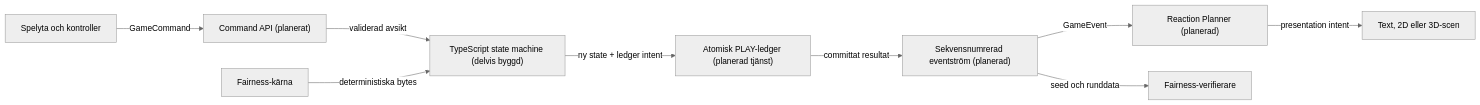
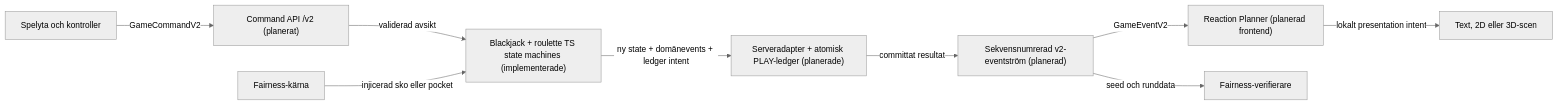
Before and after one commit to Jakeminator123/spelsajt: the first of 3 diagrams in docs/SYSTEM_CANVAS.md, drawn with Mermaid (neutral theme). The commit also changed other lines of this file and 73 other files, not shown here.

Commit message:
Add deterministic blackjack and roulette engines (#4)

````diff
--- a/docs/SYSTEM_CANVAS.md
+++ b/docs/SYSTEM_CANVAS.md
@@ -19,21 +19,21 @@
 ```mermaid
 flowchart LR
     UI["Spelyta och kontroller"]
-    API["Command API (planerat)"]
-    CORE["TypeScript state machine (delvis byggd)"]
+    API["Command API /v2 (planerat)"]
+    CORE["Blackjack + roulette TS state machines (implementerade)"]
     FAIR["Fairness-kärna"]
-    TX["Atomisk PLAY-ledger (planerad tjänst)"]
-    EVENTS["Sekvensnumrerad eventström (planerad)"]
-    PLAN["Reaction Planner (planerad)"]
+    TX["Serveradapter + atomisk PLAY-ledger (planerade)"]
+    EVENTS["Sekvensnumrerad v2-eventström (planerad)"]
+    PLAN["Reaction Planner (planerad frontend)"]
     SCENE["Text, 2D eller 3D-scen"]
     VERIFY["Fairness-verifierare"]
 
-    UI -->|"GameCommand"| API
+    UI -->|"GameCommandV2"| API
     API -->|"validerad avsikt"| CORE
-    FAIR -->|"deterministiska bytes"| CORE
-    CORE -->|"ny state + ledger intent"| TX
+    FAIR -->|"injicerad sko eller pocket"| CORE
+    CORE -->|"ny state + domänevents + ledger intent"| TX
     TX -->|"committat resultat"| EVENTS
-    EVENTS -->|"GameEvent"| PLAN
-    PLAN -->|"presentation intent"| SCENE
+    EVENTS -->|"GameEventV2"| PLAN
+    PLAN -->|"lokalt presentation intent"| SCENE
     EVENTS -->|"seed och runddata"| VERIFY
 ```
````
